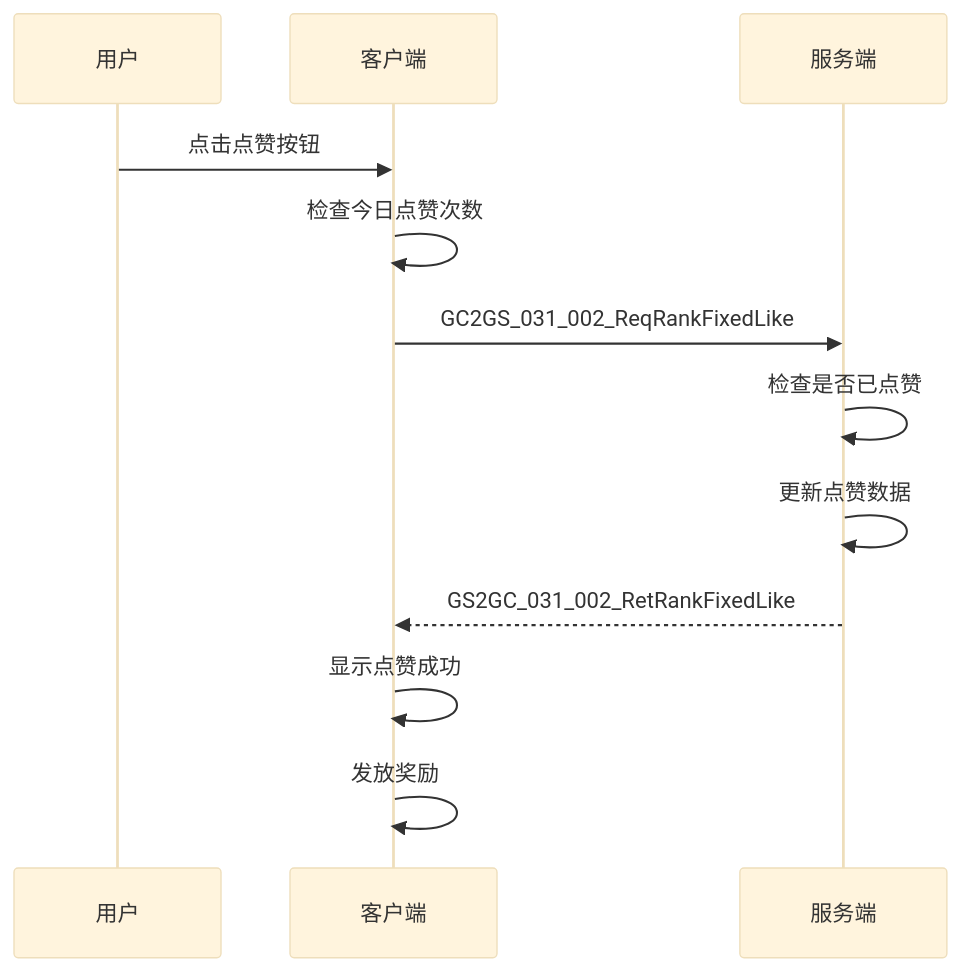
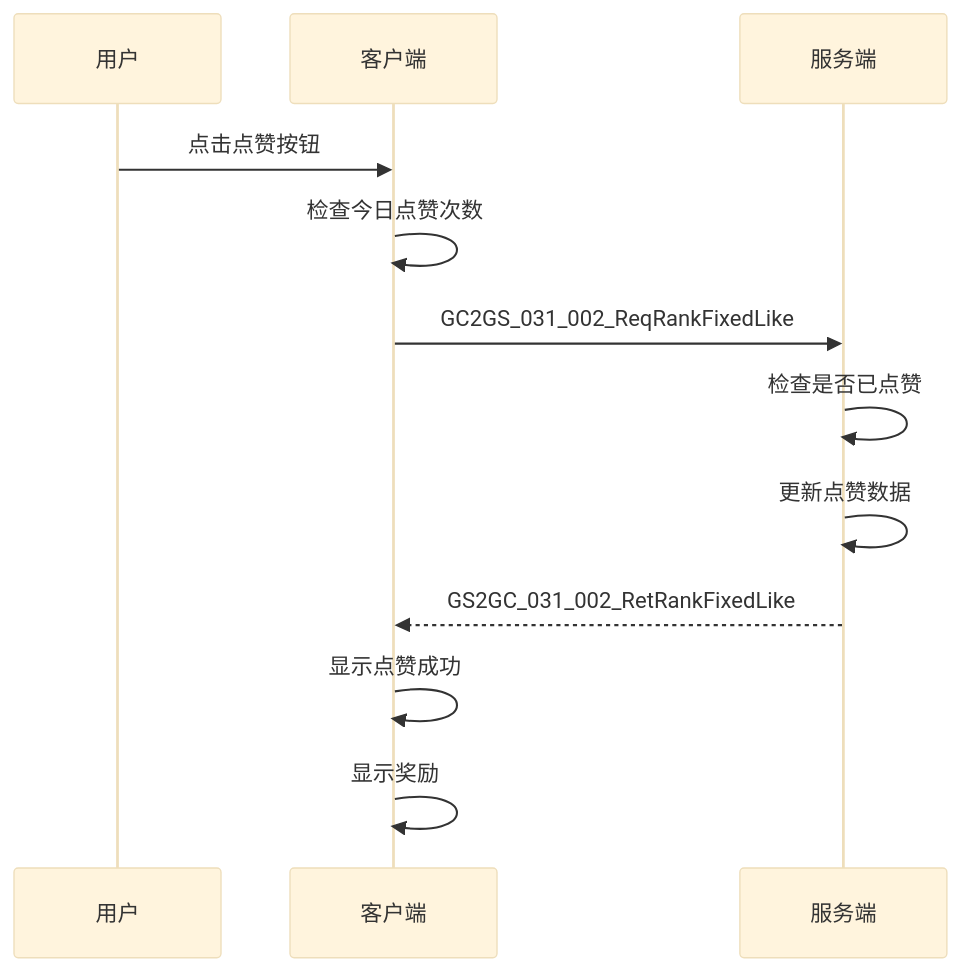
Before and after one commit to Alan-Ben/k2c_game_framework: the fourth of 7 diagrams in docs/Module_Rank/02_协议文档.md, drawn with Mermaid (base theme). The commit also changed other lines of this file and 10 other files, not shown here.

Commit message:
docs: 完善 Consort/Mail/Rank 模块文档 - mermaid图、代码示例、完整字段列表

````diff
--- a/docs/Module_Rank/02_协议文档.md
+++ b/docs/Module_Rank/02_协议文档.md
@@ -572,15 +842,15 @@
 ```mermaid
 sequenceDiagram
     participant U as 用户
     participant C as 客户端
     participant S as 服务端
 
     U->>C: 点击点赞按钮
     C->>C: 检查今日点赞次数
     C->>S: GC2GS_031_002_ReqRankFixedLike
     S->>S: 检查是否已点赞
     S->>S: 更新点赞数据
     S-->>C: GS2GC_031_002_RetRankFixedLike
     C->>C: 显示点赞成功
-    C->>C: 发放奖励
+    C->>C: 显示奖励
 ```
````
